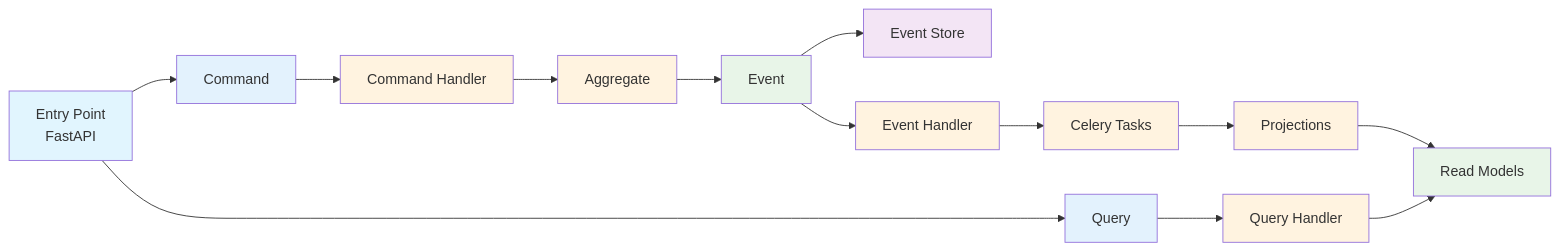
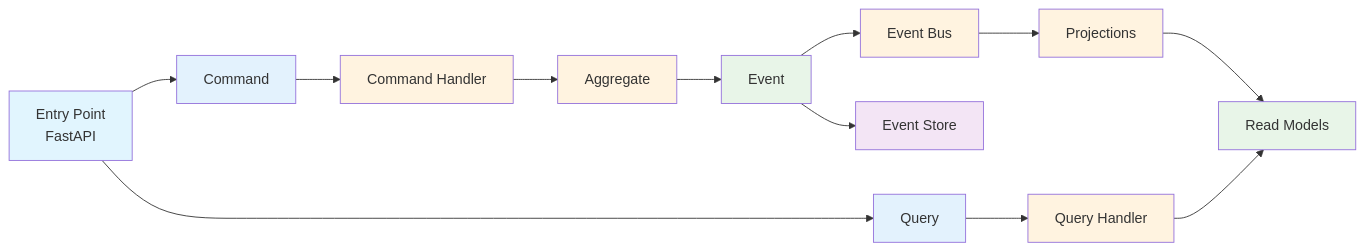
The diagram in docs/presentation/diagrams/source/event-sourcing-flow.mmd (anmarkoulis/event-sourcing), drawn with Mermaid before and after one commit. The commit also changed 3 other files, not shown here.

```diff
--- a/docs/presentation/diagrams/source/event-sourcing-flow.mmd
+++ b/docs/presentation/diagrams/source/event-sourcing-flow.mmd
@@ -1,28 +1,26 @@
 graph LR
     A[Entry Point<br/>FastAPI] --> B[Command]
     A --> J[Query]
 
     B --> C[Command Handler]
     C --> D[Aggregate]
     D --> E[Event]
     E --> F[Event Store]
-    E --> G[Event Handler]
-    G --> H[Celery Tasks]
-    H --> I[Projections]
+    E --> G[Event Bus]
+    G --> I[Projections]
     I --> K[Read Models]
 
     J --> L[Query Handler]
     L --> K
 
     style A fill:#e1f5fe
     style B fill:#e3f2fd
     style C fill:#fff3e0
     style D fill:#fff3e0
     style E fill:#e8f5e8
     style F fill:#f3e5f5
     style G fill:#fff3e0
-    style H fill:#fff3e0
     style I fill:#fff3e0
     style J fill:#e3f2fd
     style K fill:#e8f5e8
     style L fill:#fff3e0
```
